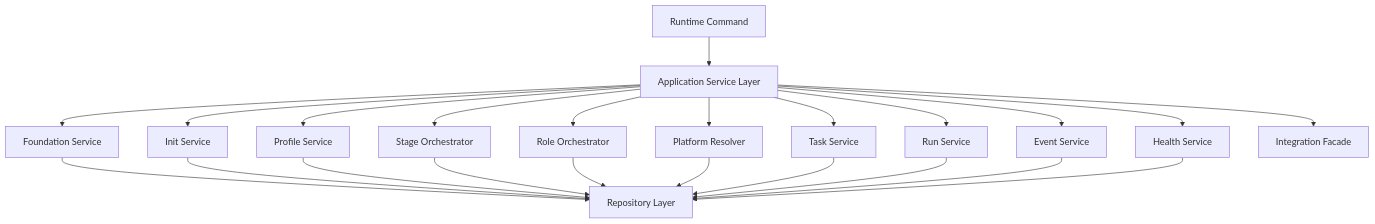
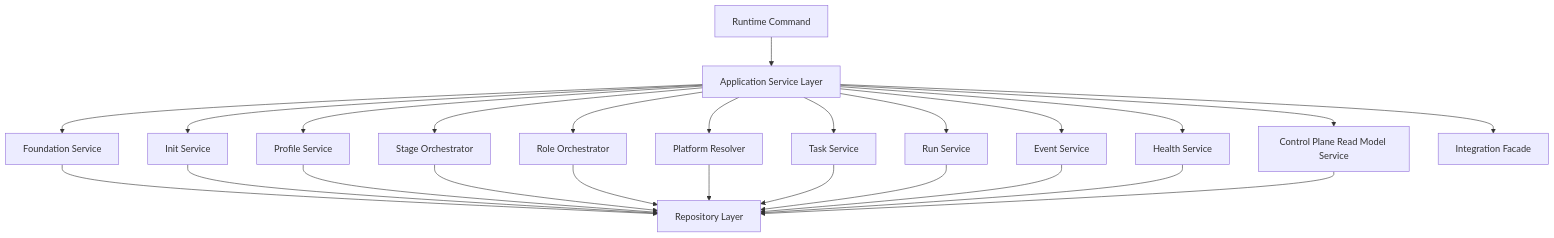
The diagram in docs/specs/foxpilot-phase2-runtime-core-architecture.md (MichealJou/FoxPoilt), drawn with Mermaid before and after one commit. The commit also changed other lines of this file and 9 other files, not shown here.

Commit message:
docs: expand phase 2 control plane design

````diff
--- a/docs/specs/foxpilot-phase2-runtime-core-architecture.md
+++ b/docs/specs/foxpilot-phase2-runtime-core-architecture.md
@@ -37,28 +37,30 @@
 ```mermaid
 flowchart TD
   Entry["Runtime Command"] --> AppService["Application Service Layer"]
 
   AppService --> Foundation["Foundation Service"]
   AppService --> Init["Init Service"]
   AppService --> Profile["Profile Service"]
   AppService --> Stage["Stage Orchestrator"]
   AppService --> Role["Role Orchestrator"]
   AppService --> Platform["Platform Resolver"]
   AppService --> Task["Task Service"]
   AppService --> Run["Run Service"]
   AppService --> Event["Event Service"]
   AppService --> Health["Health Service"]
+  AppService --> ControlPlane["Control Plane Read Model Service"]
 
   Foundation --> Repos["Repository Layer"]
   Init --> Repos
   Profile --> Repos
   Stage --> Repos
   Role --> Repos
   Platform --> Repos
   Task --> Repos
   Run --> Repos
   Event --> Repos
   Health --> Repos
+  ControlPlane --> Repos
 
   AppService --> Integrations["Integration Facade"]
 ```
````
